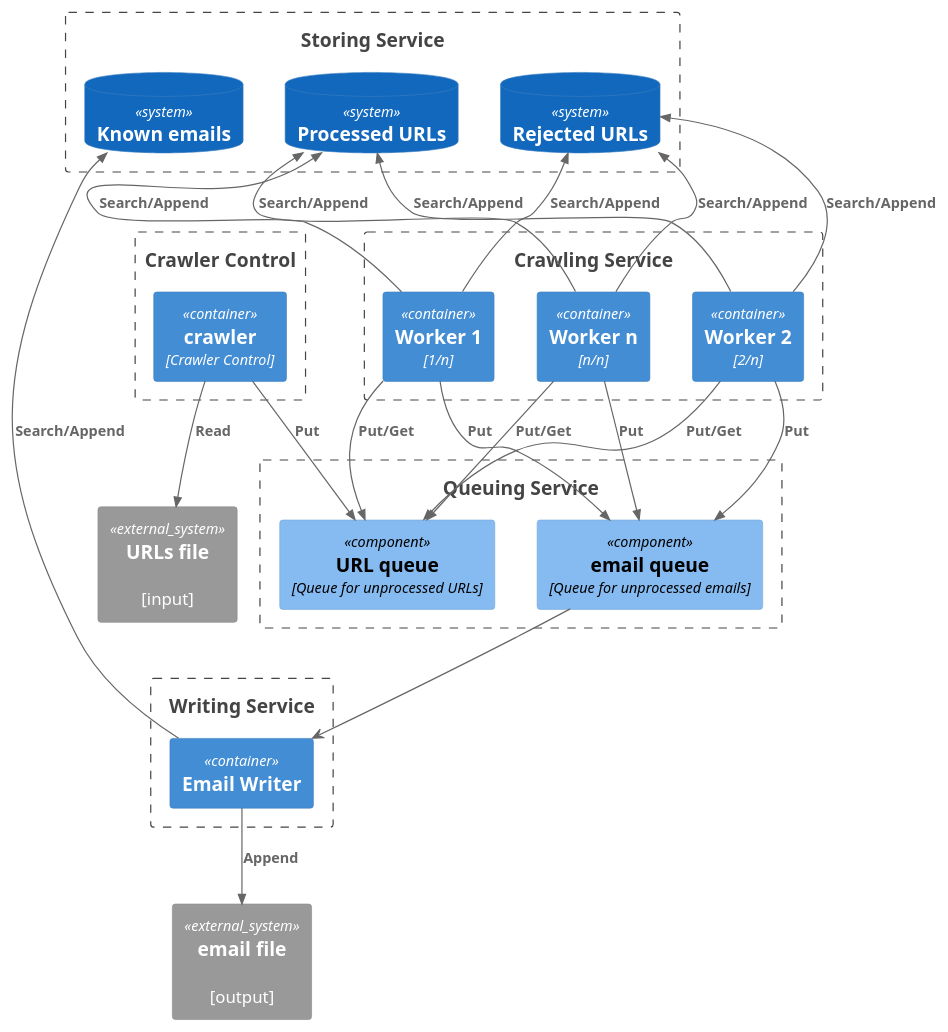
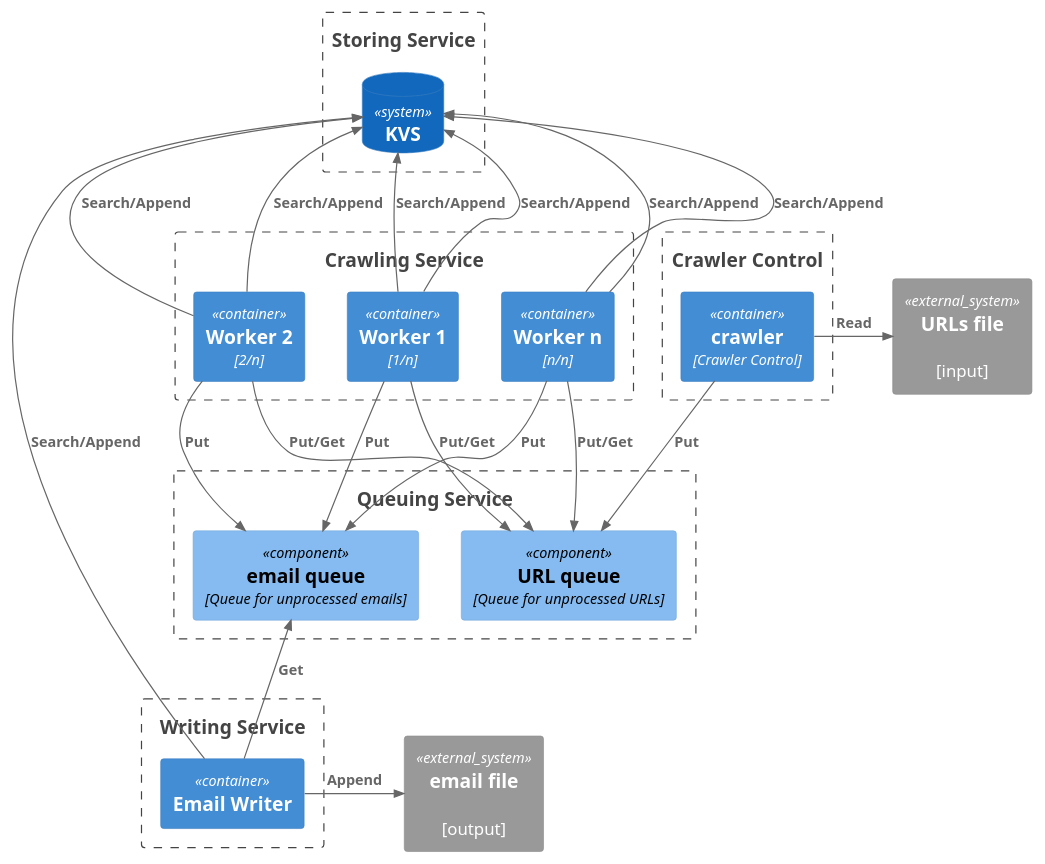
The diagram in design/crawler-obj-proposed.puml (brochwerger/crawler), drawn with PlantUML before and after one commit.

Commit message:
- Improved readability of proposed solution diagram

```diff
--- a/design/crawler-obj-proposed.puml
+++ b/design/crawler-obj-proposed.puml
@@ -1,61 +1,61 @@
 @startuml
 
 !includeurl https://raw.githubusercontent.com/RicardoNiepel/C4-PlantUML/release/1-0/C4_Component.puml
 'LAYOUT_AS_SKETCH()
 'LAYOUT_WITH_LEGEND()
 
 Boundary(control, 'Crawler Control') {
     Container(crawler, "crawler", "Crawler Control")
 }
 
 Boundary(crawling, 'Crawling Service') {
     Container(wrk1, "Worker 1", "1/n")
     Container(wrk2, "Worker 2", "2/n")
     Container(wrkn, "Worker n", "n/n")
 
 }
 
 Boundary(writing, 'Writing Service') {
     Container(Writer, "Email Writer", "")
 }
 
 Boundary(queuing, 'Queuing Service') {
     Component(emailQueue, "email queue", "Queue for unprocessed emails")
     Component(urlQueue, "URL queue", "Queue for unprocessed URLs")
 
 }
 
 Boundary(storing, 'Storing Service') {
-    SystemDb(listOfprocessedUrls, "Processed URLs", "")
-    SystemDb(listOfRejectedUrls, "Rejected URLs", "")
-    SystemDb(listOfknownEmails, "Known emails", "")
+    SystemDb(kvs, "KVS", "")
 }
 
 System_Ext(urlfile, "URLs file", "[input]")
 System_Ext(emailfile, "email file", "[output]")
 
 Rel(crawler, urlQueue, "Put")
-Rel(crawler, urlfile, "Read")
+Rel_R(crawler, urlfile, "Read")
 
 Rel(wrk1, urlQueue, "Put/Get")
 Rel(wrk2, urlQueue, "Put/Get")
 Rel(wrkn, urlQueue, "Put/Get")
 
 Rel(wrk1, emailQueue, "Put")
 Rel(wrk2, emailQueue, "Put")
 Rel(wrkn, emailQueue, "Put")
 
-Rel_U(wrk1, listOfprocessedUrls, "Search/Append")
-Rel_U(wrk2, listOfprocessedUrls, "Search/Append")
-Rel_U(wrkn, listOfprocessedUrls, "Search/Append")
+Rel_U(wrk1, kvs, "Search/Append")
+Rel_U(wrk2, kvs, "Search/Append")
+Rel_U(wrkn, kvs, "Search/Append")
 
-Rel_U(wrk1, listOfRejectedUrls, "Search/Append")
-Rel_U(wrk2, listOfRejectedUrls, "Search/Append")
-Rel_U(wrkn, listOfRejectedUrls, "Search/Append")
+Rel_U(wrk1, kvs, "Search/Append")
+Rel_U(wrk2, kvs, "Search/Append")
+Rel_U(wrkn, kvs, "Search/Append")
 
-emailQueue --> Writer
-Rel(Writer,listOfknownEmails, "Search/Append")
-Rel(Writer, emailfile, "Append")
+Rel_U(Writer,kvs, "Search/Append")
+
+Rel_U(Writer, emailQueue, "Get")
+Rel_R(Writer, emailfile, "Append")
+
 
 
 @enduml
```
